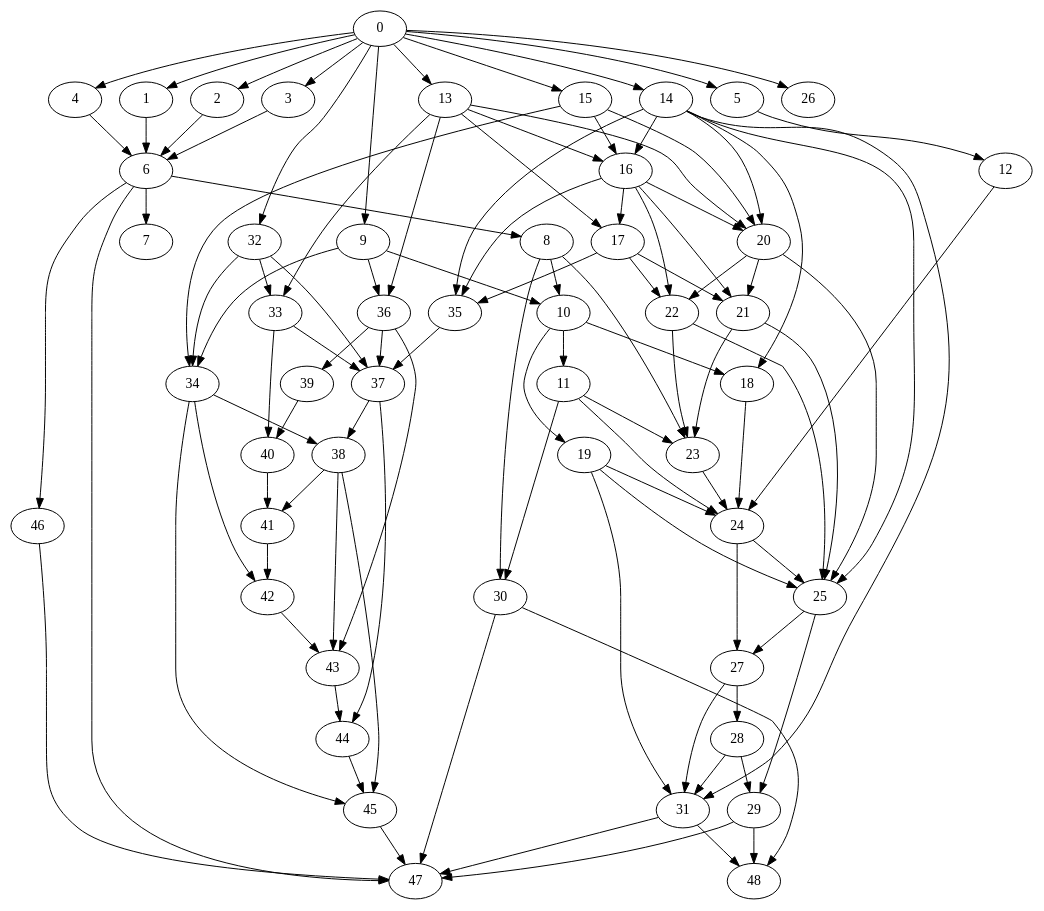
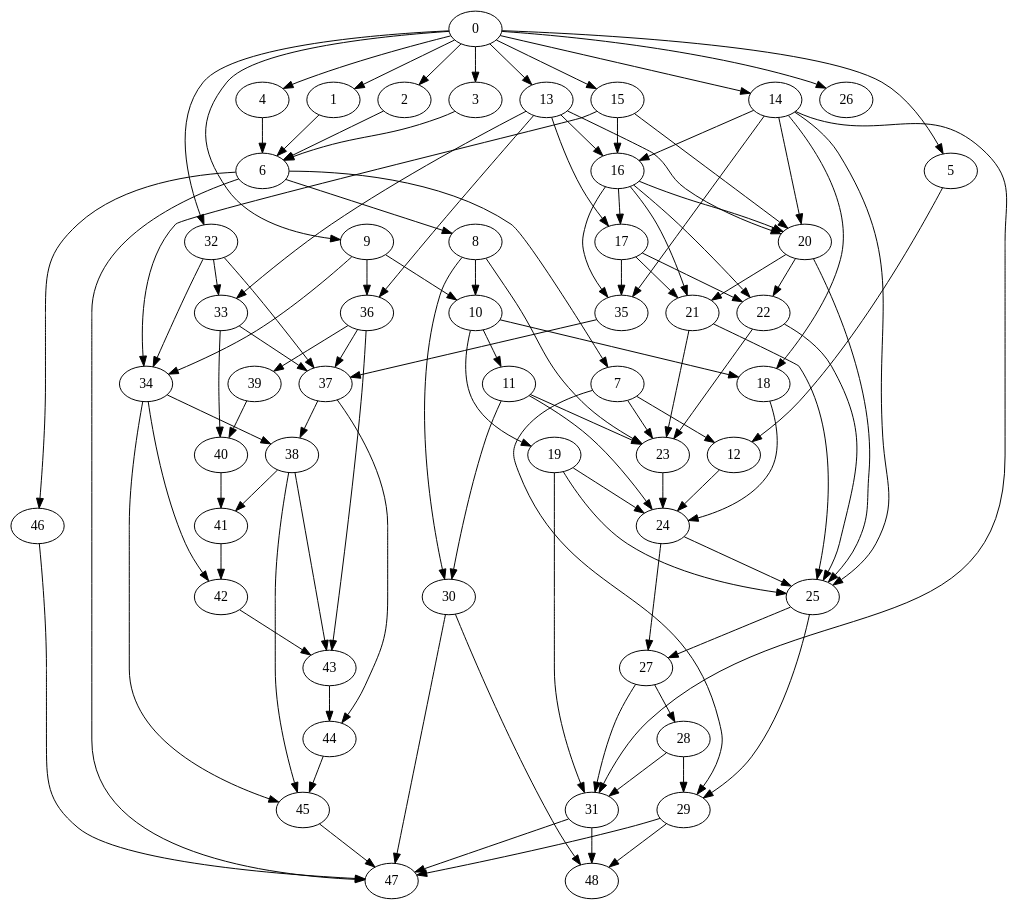
One commit to clarkfitzg/phd_research changed the diagram in codedepends/traffic/traffic.dot. Above: the diagram before and after it, drawn with Graphviz. The commit also changed 2 other files, not shown here.

```diff
--- a/codedepends/traffic/traffic.dot
+++ b/codedepends/traffic/traffic.dot
@@ -1,159 +1,162 @@
 /* Created by igraph @VERSION@ */
 digraph {
   0;
   1;
   2;
   3;
   4;
   5;
   6;
   7;
   8;
   9;
   10;
   11;
   12;
   13;
   14;
   15;
   16;
   17;
   18;
   19;
   20;
   21;
   22;
   23;
   24;
   25;
   26;
   27;
   28;
   29;
   30;
   31;
   32;
   33;
   34;
   35;
   36;
   37;
   38;
   39;
   40;
   41;
   42;
   43;
   44;
   45;
   46;
   47;
   48;
 
   0 -> 1;
   0 -> 2;
   0 -> 3;
   0 -> 4;
   0 -> 5;
   0 -> 9;
   0 -> 13;
   0 -> 14;
   0 -> 15;
   0 -> 26;
   0 -> 32;
   1 -> 6;
   2 -> 6;
   3 -> 6;
   4 -> 6;
   5 -> 12;
   6 -> 7;
   6 -> 8;
   6 -> 46;
   6 -> 47;
+  7 -> 12;
+  7 -> 23;
+  7 -> 29;
   8 -> 10;
   8 -> 23;
   8 -> 30;
   9 -> 10;
   9 -> 34;
   9 -> 36;
   10 -> 11;
   10 -> 18;
   10 -> 19;
   11 -> 23;
   11 -> 24;
   11 -> 30;
   12 -> 24;
   13 -> 16;
   13 -> 17;
   13 -> 20;
   13 -> 33;
   13 -> 36;
   14 -> 16;
   14 -> 18;
   14 -> 20;
   14 -> 25;
   14 -> 31;
   14 -> 35;
   15 -> 16;
   15 -> 20;
   15 -> 34;
   16 -> 17;
   16 -> 20;
   16 -> 21;
   16 -> 22;
   16 -> 35;
   17 -> 21;
   17 -> 22;
   17 -> 35;
   18 -> 24;
   19 -> 24;
   19 -> 25;
   19 -> 31;
   20 -> 21;
   20 -> 22;
   20 -> 25;
   21 -> 23;
   21 -> 25;
   22 -> 23;
   22 -> 25;
   23 -> 24;
   24 -> 25;
   24 -> 27;
   25 -> 27;
   25 -> 29;
   27 -> 28;
   27 -> 31;
   28 -> 29;
   28 -> 31;
   29 -> 47;
   29 -> 48;
   30 -> 47;
   30 -> 48;
   31 -> 47;
   31 -> 48;
   32 -> 33;
   32 -> 34;
   32 -> 37;
   33 -> 37;
   33 -> 40;
   34 -> 38;
   34 -> 42;
   34 -> 45;
   35 -> 37;
   36 -> 37;
   36 -> 39;
   36 -> 43;
   37 -> 38;
   37 -> 44;
   38 -> 41;
   38 -> 43;
   38 -> 45;
   39 -> 40;
   40 -> 41;
   41 -> 42;
   42 -> 43;
   43 -> 44;
   44 -> 45;
   45 -> 47;
   46 -> 47;
 }
```
